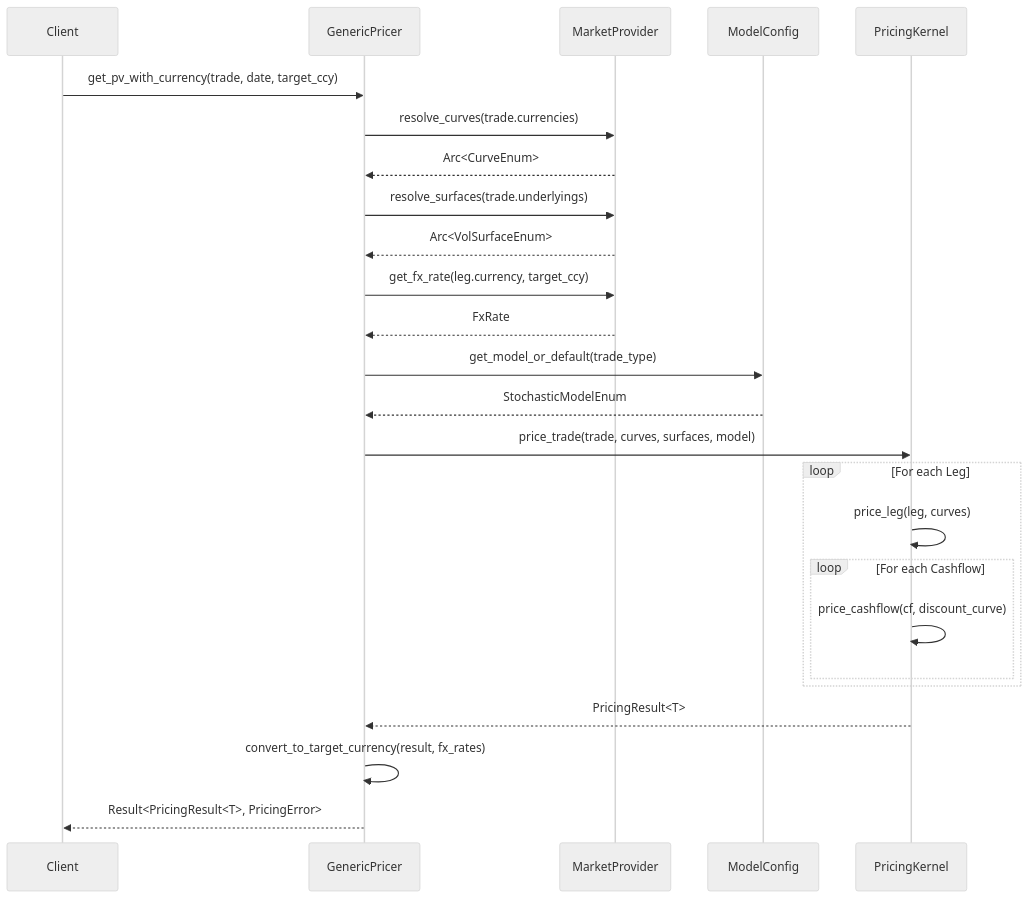
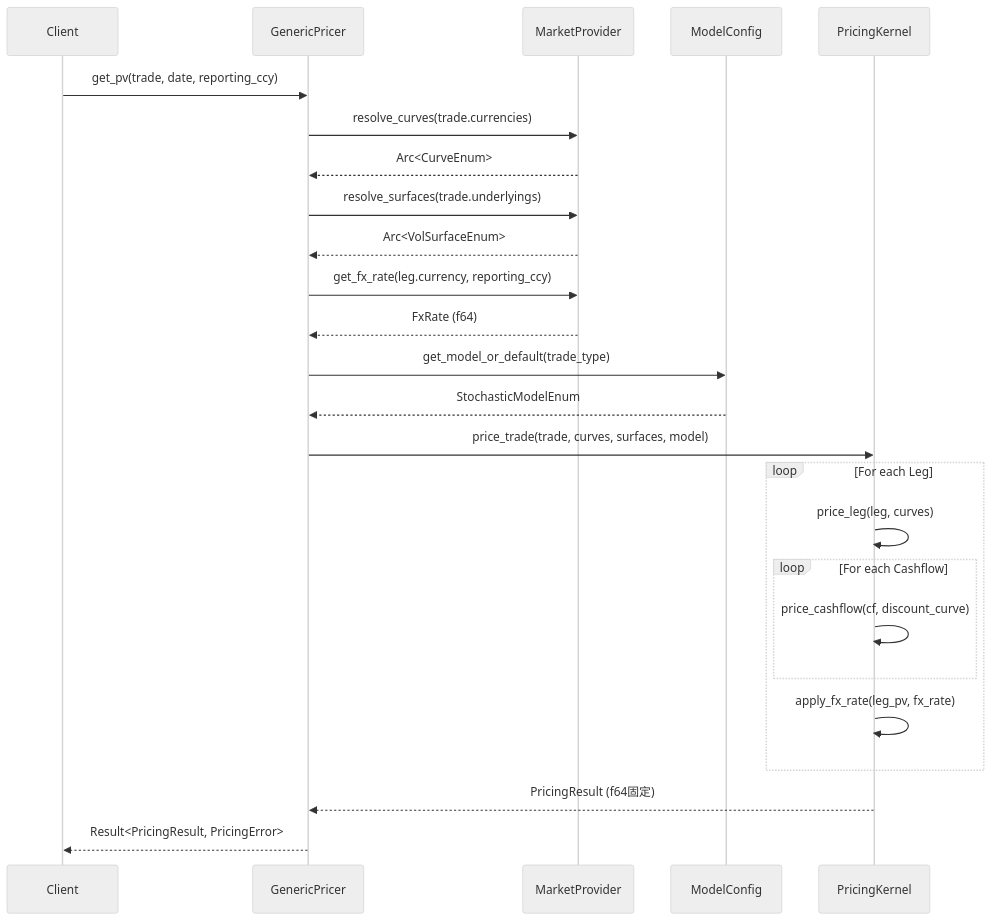
One commit to neutryx-lab/neutryx-rust changed the second of 4 diagrams in .kiro/specs/generic-pricer-engine/design.md. Above: the diagram before and after it, drawn with Mermaid (neutral theme). The commit also changed other lines of this file and 22 other files, not shown here.

First line of the commit message:
feat: Implement VolCube calibrator and graph extraction support

````diff
--- a/.kiro/specs/generic-pricer-engine/design.md
+++ b/.kiro/specs/generic-pricer-engine/design.md
@@ -126,28 +126,28 @@
 ```mermaid
 sequenceDiagram
     participant Client
     participant GenericPricer
     participant Market as MarketProvider
     participant Model as ModelConfig
     participant Kernel as PricingKernel
 
-    Client->>GenericPricer: get_pv_with_currency(trade, date, target_ccy)
+    Client->>GenericPricer: get_pv(trade, date, reporting_ccy)
     GenericPricer->>Market: resolve_curves(trade.currencies)
     Market-->>GenericPricer: Arc<CurveEnum>
     GenericPricer->>Market: resolve_surfaces(trade.underlyings)
     Market-->>GenericPricer: Arc<VolSurfaceEnum>
-    GenericPricer->>Market: get_fx_rate(leg.currency, target_ccy)
-    Market-->>GenericPricer: FxRate
+    GenericPricer->>Market: get_fx_rate(leg.currency, reporting_ccy)
+    Market-->>GenericPricer: FxRate (f64)
     GenericPricer->>Model: get_model_or_default(trade_type)
     Model-->>GenericPricer: StochasticModelEnum
     GenericPricer->>Kernel: price_trade(trade, curves, surfaces, model)
     loop For each Leg
         Kernel->>Kernel: price_leg(leg, curves)
         loop For each Cashflow
             Kernel->>Kernel: price_cashflow(cf, discount_curve)
         end
+        Kernel->>Kernel: apply_fx_rate(leg_pv, fx_rate)
     end
-    Kernel-->>GenericPricer: PricingResult<T>
-    GenericPricer->>GenericPricer: convert_to_target_currency(result, fx_rates)
-    GenericPricer-->>Client: Result<PricingResult<T>, PricingError>
+    Kernel-->>GenericPricer: PricingResult (f64固定)
+    GenericPricer-->>Client: Result<PricingResult, PricingError>
 ```
````
